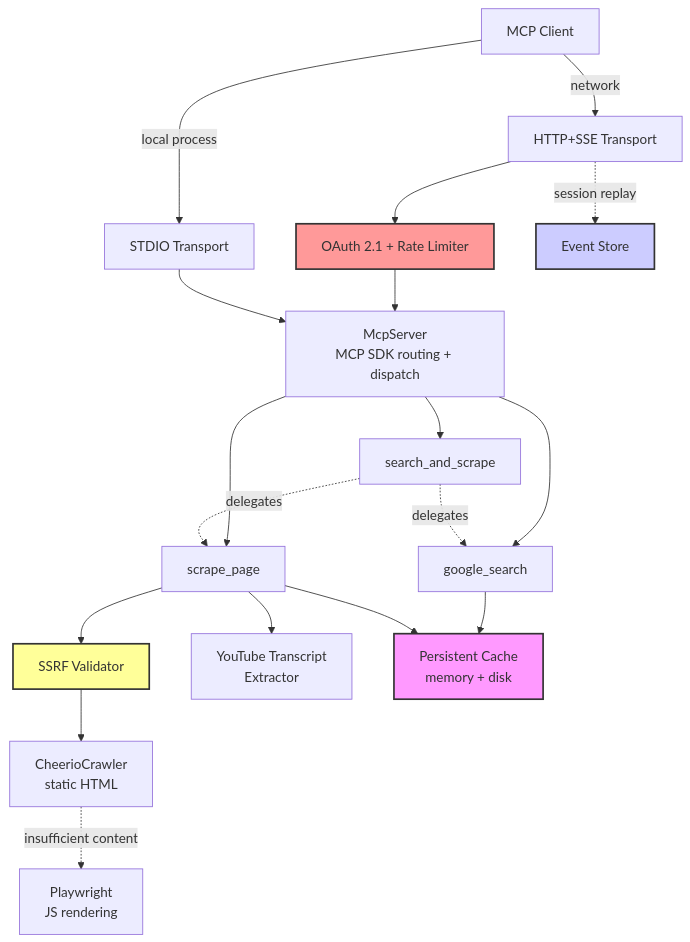
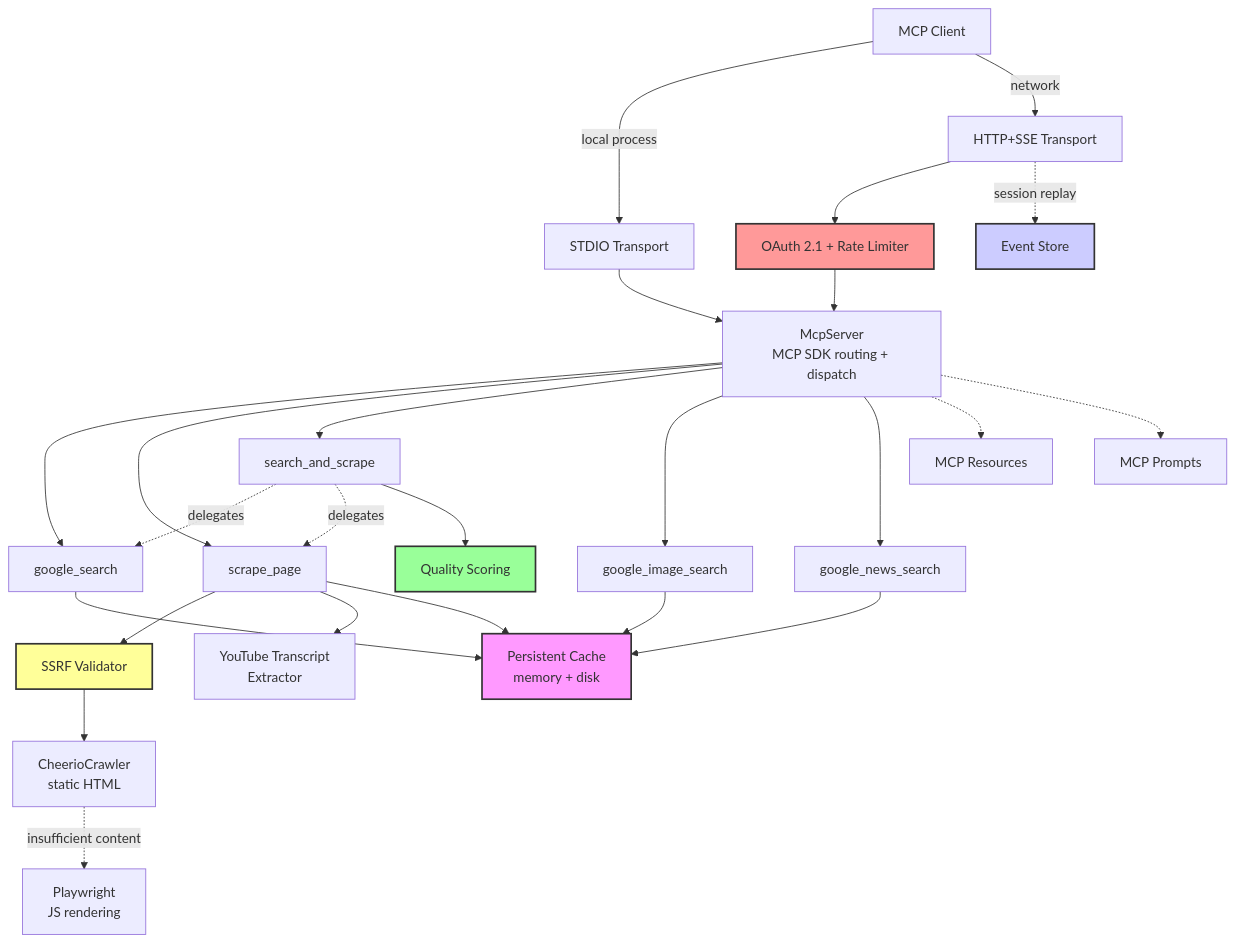
Before and after one commit to jimweller/google-research-mcp: the diagram in README.md, drawn with Mermaid. The commit also changed other lines of this file and 1 other file, not shown here.

First line of the commit message:
docs: update README and architecture docs for tier-2 features

````diff
--- a/README.md
+++ b/README.md
@@ -100,28 +110,35 @@
 ```mermaid
 graph TD
     A[MCP Client] -->|local process| B[STDIO Transport]
     A -->|network| C[HTTP+SSE Transport]
 
     C --> L[OAuth 2.1 + Rate Limiter]
     L --> D
     C -.->|session replay| K[Event Store]
     B --> D[McpServer<br>MCP SDK routing + dispatch]
 
     D --> F[google_search]
     D --> G[scrape_page]
     D --> I[search_and_scrape]
+    D --> IMG[google_image_search]
+    D --> NEWS[google_news_search]
     I -.->|delegates| F
     I -.->|delegates| G
+    I --> Q[Quality Scoring]
 
     G --> N[SSRF Validator]
     N --> S1[CheerioCrawler<br>static HTML]
     S1 -.->|insufficient content| S2[Playwright<br>JS rendering]
     G --> YT[YouTube Transcript<br>Extractor]
 
-    F & G --> J[Persistent Cache<br>memory + disk]
+    F & G & IMG & NEWS --> J[Persistent Cache<br>memory + disk]
+
+    D -.-> R[MCP Resources]
+    D -.-> P[MCP Prompts]
 
     style J fill:#f9f,stroke:#333,stroke-width:2px
     style K fill:#ccf,stroke:#333,stroke-width:2px
     style L fill:#f99,stroke:#333,stroke-width:2px
     style N fill:#ff9,stroke:#333,stroke-width:2px
+    style Q fill:#9f9,stroke:#333,stroke-width:2px
 ```
````
